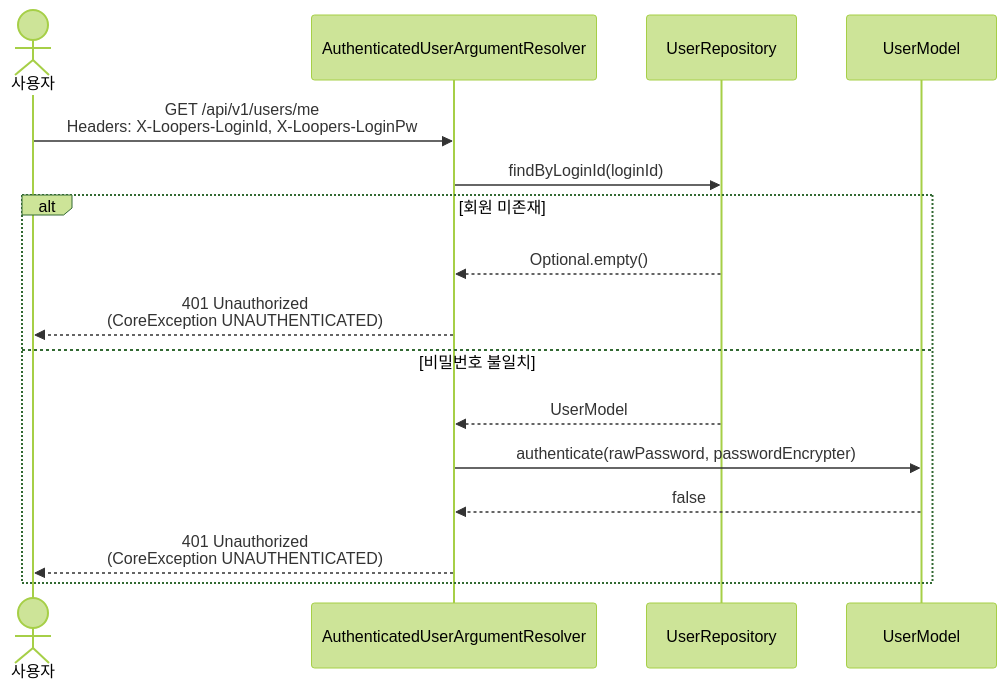
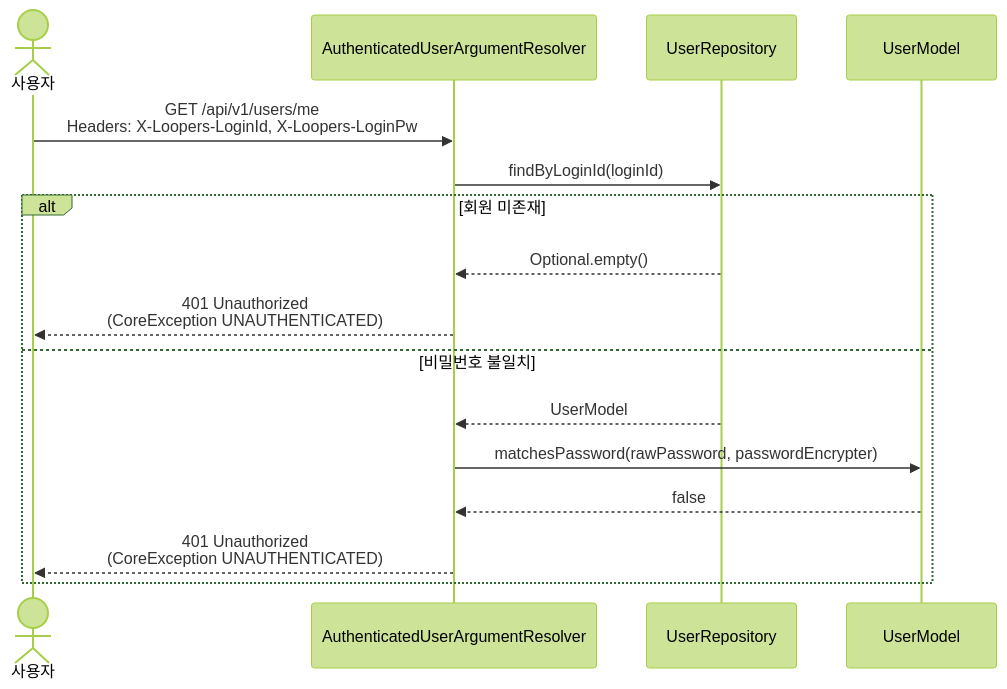
Before and after one commit to loopers-labs/loop-pack-be-l2-vol4-java: the third of 3 diagrams in docs/volume-1/내_정보_조회/요구사항_명세.md, drawn with Mermaid (forest theme). The commit also changed other lines of this file and 4 other files, not shown here.

````diff
--- a/docs/volume-1/내_정보_조회/요구사항_명세.md
+++ b/docs/volume-1/내_정보_조회/요구사항_명세.md
@@ -91,19 +91,19 @@
 ```mermaid
 sequenceDiagram
     actor User as 사용자
     participant Resolver as AuthenticatedUserArgumentResolver
     participant Repository as UserRepository
     participant Domain as UserModel
 
     User->>Resolver: GET /api/v1/users/me<br/>Headers: X-Loopers-LoginId, X-Loopers-LoginPw
     Resolver->>Repository: findByLoginId(loginId)
     alt 회원 미존재
         Repository-->>Resolver: Optional.empty()
         Resolver-->>User: 401 Unauthorized<br/>(CoreException UNAUTHENTICATED)
     else 비밀번호 불일치
         Repository-->>Resolver: UserModel
-        Resolver->>Domain: authenticate(rawPassword, passwordEncrypter)
+        Resolver->>Domain: matchesPassword(rawPassword, passwordEncrypter)
         Domain-->>Resolver: false
         Resolver-->>User: 401 Unauthorized<br/>(CoreException UNAUTHENTICATED)
     end
 ```
````
